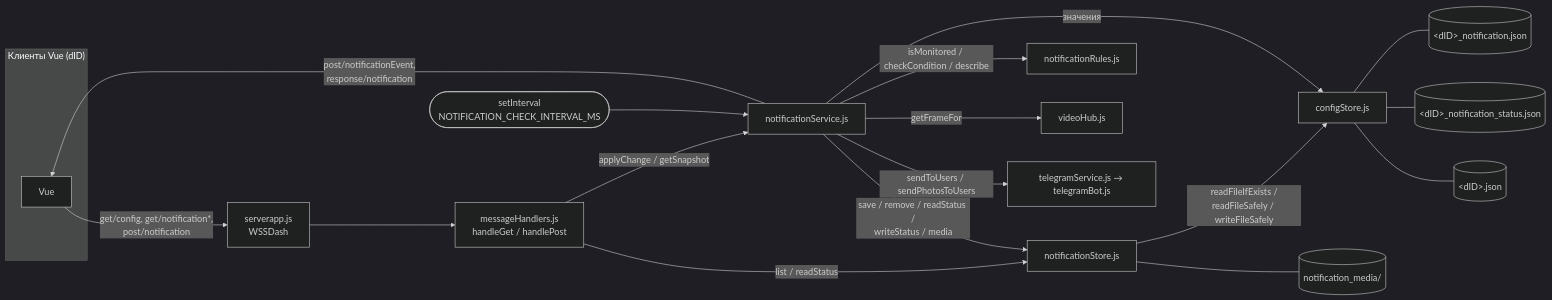
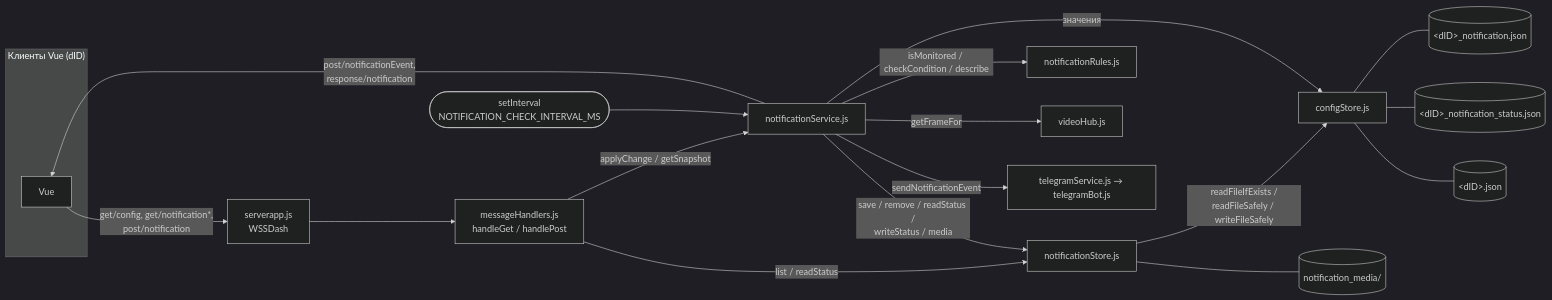
The first of 8 diagrams in docs/notifications.md (angeynik/app-myhome), drawn with Mermaid (dark theme) before and after one commit. The commit also changed other lines of this file, not shown here.

Commit message:
docs/notifications.md: формат уведомлений в Telegram (копия серверной)

````diff
--- a/docs/notifications.md
+++ b/docs/notifications.md
@@ -225,22 +231,22 @@
 ```mermaid
 flowchart LR
   subgraph Vue["Клиенты Vue (dID)"]
     V1[Vue]
   end
   WS["serverapp.js<br/>WSSDash"] --> MH["messageHandlers.js<br/>handleGet / handlePost"]
   V1 -- "get/config, get/notification*,<br/>post/notification" --> WS
   MH -- "list / readStatus" --> NST["notificationStore.js"]
   MH -- "applyChange / getSnapshot" --> NS["notificationService.js"]
   NS -- "save / remove / readStatus /<br/>writeStatus / media" --> NST
   NST -- "readFileIfExists /<br/>readFileSafely / writeFileSafely" --> CS["configStore.js"]
   CS --- F1[("&lt;dID&gt;_notification.json")]
   CS --- F2[("&lt;dID&gt;_notification_status.json")]
   NST --- F3[("notification_media/")]
   NS -- "значения" --> CS
   CS --- F4[("&lt;dID&gt;.json")]
   NS -- "isMonitored / checkCondition / describe" --> NR["notificationRules.js"]
   NS -- "getFrameFor" --> VH["videoHub.js"]
-  NS -- "sendToUsers / sendPhotosToUsers" --> TG["telegramService.js → telegramBot.js"]
+  NS -- "sendNotificationEvent" --> TG["telegramService.js → telegramBot.js"]
   NS -- "post/notificationEvent,<br/>response/notification" --> V1
   TIMER(["setInterval<br/>NOTIFICATION_CHECK_INTERVAL_MS"]) --> NS
 ```
````
